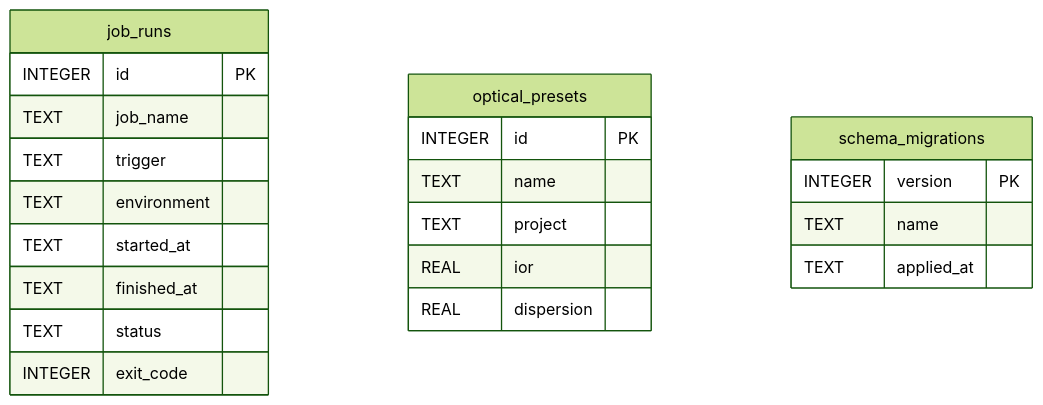
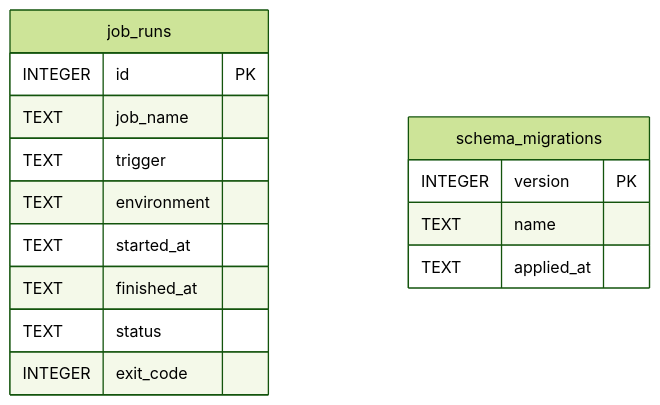
The diagram in experiments/c4-okf/rig/rig/rig-db.md (rtkelly13/rig), drawn with Mermaid (forest theme) before and after one commit. The commit also changed 19 other files, not shown here.

First line of the commit message:
refactor(asset-server): cut the 3D optical studio, presets and dead endpoints

````diff
--- a/experiments/c4-okf/rig/rig/rig-db.md
+++ b/experiments/c4-okf/rig/rig/rig-db.md
@@ -9,25 +9,18 @@
 ```mermaid
 erDiagram
   job_runs {
     INTEGER id PK
     TEXT job_name
     TEXT trigger
     TEXT environment
     TEXT started_at
     TEXT finished_at
     TEXT status
     INTEGER exit_code
   }
-  optical_presets {
-    INTEGER id PK
-    TEXT name
-    TEXT project
-    REAL ior
-    REAL dispersion
-  }
   schema_migrations {
     INTEGER version PK
     TEXT name
     TEXT applied_at
   }
 ```
````
